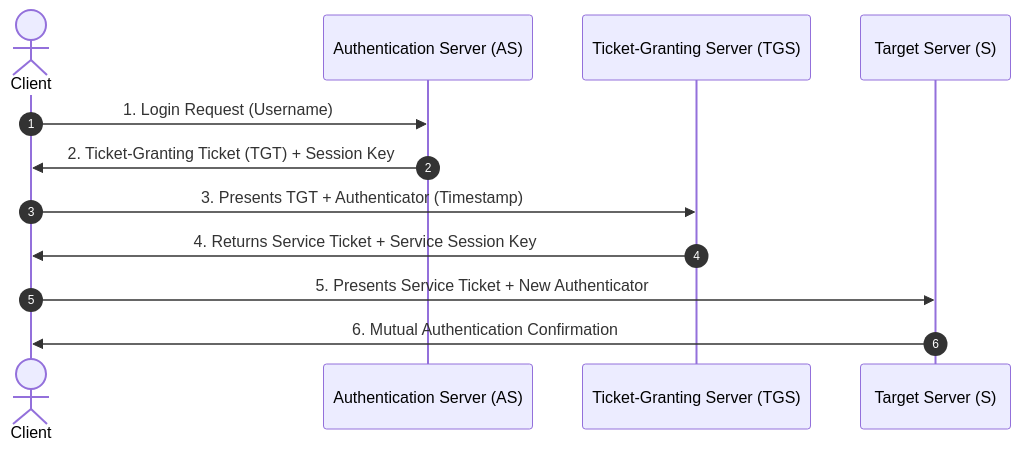
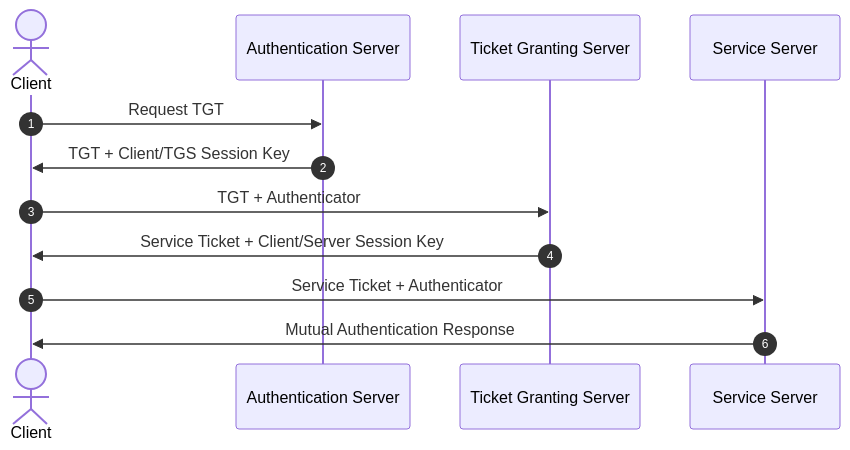
The second of 4 diagrams in 03-Academics/Network_Security/Kerberos.md (namaewafaisal/Obsidian_Vault), drawn with Mermaid before and after one commit. The commit also changed other lines of this file and 1 other file, not shown here.

````diff
--- a/03-Academics/Network_Security/Kerberos.md
+++ b/03-Academics/Network_Security/Kerberos.md
@@ -26,16 +168,21 @@
 ```mermaid
 sequenceDiagram
     autonumber
+
     actor C as Client
-    participant AS as Authentication Server (AS)
-    participant TGS as Ticket-Granting Server (TGS)
-    participant S as Target Server (S)
-    
-    C->>AS: 1. Login Request (Username)
-    AS->>C: 2. Ticket-Granting Ticket (TGT) + Session Key
-    C->>TGS: 3. Presents TGT + Authenticator (Timestamp)
-    TGS->>C: 4. Returns Service Ticket + Service Session Key
-    C->>S: 5. Presents Service Ticket + New Authenticator
-    S->>C: 6. Mutual Authentication Confirmation
+    participant AS as Authentication Server
+    participant TGS as Ticket Granting Server
+    participant S as Service Server
 
+    C->>AS: Request TGT
+
+    AS->>C: TGT + Client/TGS Session Key
+
+    C->>TGS: TGT + Authenticator
+
+    TGS->>C: Service Ticket + Client/Server Session Key
+
+    C->>S: Service Ticket + Authenticator
+
+    S->>C: Mutual Authentication Response
 ```
````
